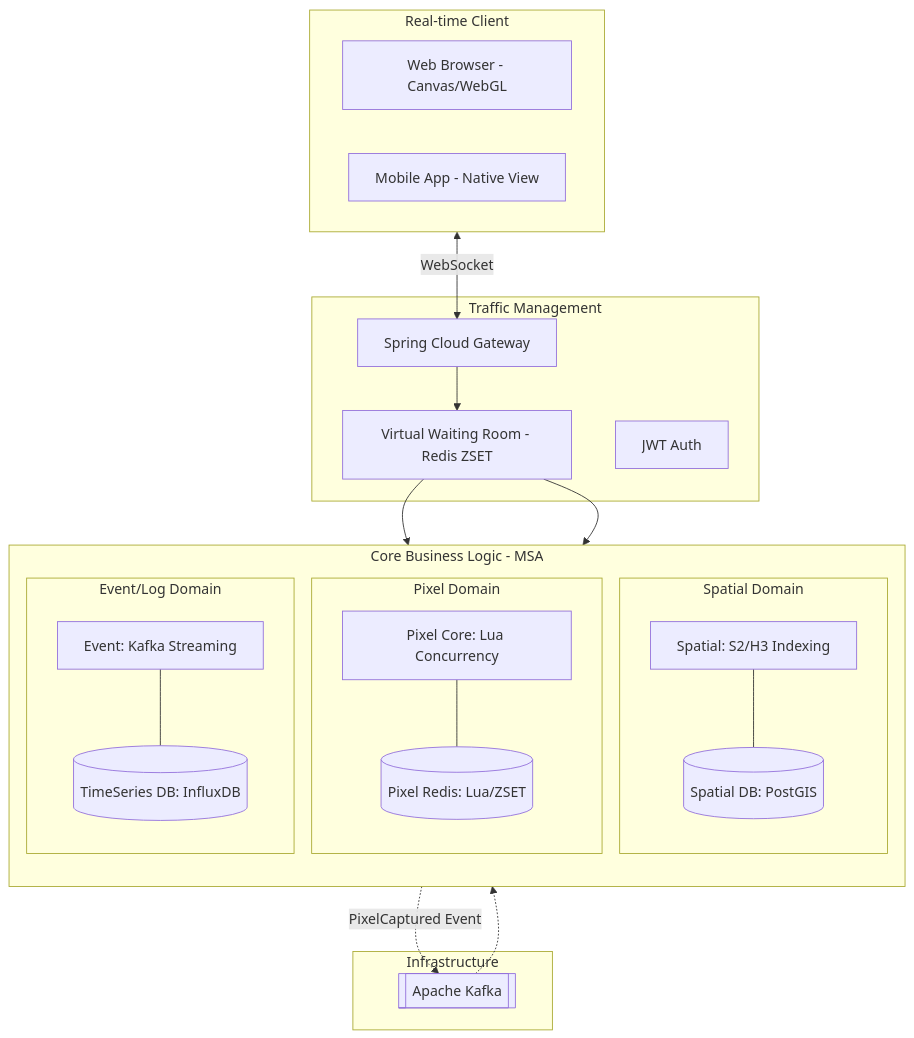
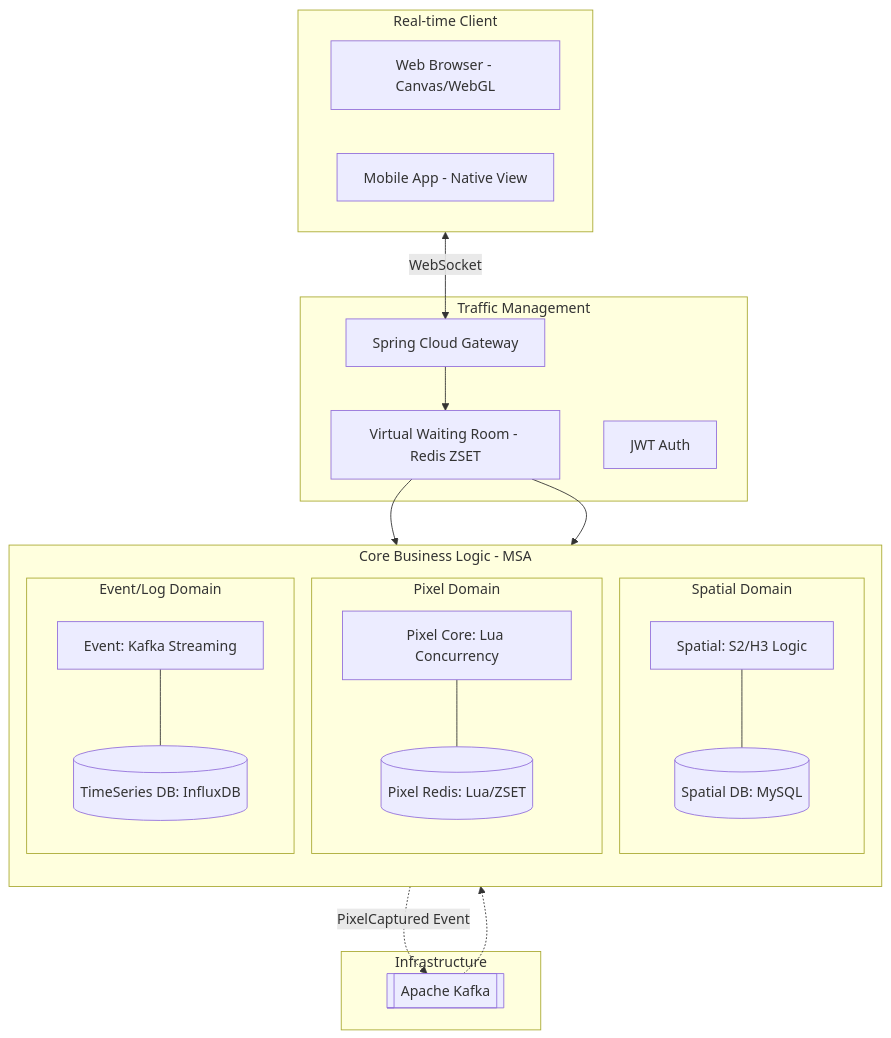
One commit to dlrkdgml0716/The_Pixel_War changed the diagram in README.md. Above: the diagram before and after it, drawn with Mermaid.

````diff
--- a/README.md
+++ b/README.md
@@ -6,55 +6,55 @@
 ```mermaid
 graph TD
     %% Client Layer
     subgraph ClientLayer [Real-time Client]
         Web[Web Browser - Canvas/WebGL]
         Mobile[Mobile App - Native View]
     end
 
     %% Gateway & Traffic Control
     subgraph TrafficControl [Traffic Management]
         AGW[Spring Cloud Gateway]
         NetFunnel[Virtual Waiting Room - Redis ZSET]
         Auth[JWT Auth]
     end
 
     %% Microservices Layer (Database per Service)
     subgraph Microservices [Core Business Logic - MSA]
         direction TB
         
         subgraph PixelDomain [Pixel Domain]
             PixelSvc[Pixel Core: Lua Concurrency]
             PixelRedis[(Pixel Redis: Lua/ZSET)]
         end
         
         subgraph SpatialDomain [Spatial Domain]
-            SpatialSvc[Spatial: S2/H3 Indexing]
-            SpatialDB[(Spatial DB: PostGIS)]
+            SpatialSvc[Spatial: S2/H3 Logic]
+            SpatialDB[(Spatial DB: MySQL)]
         end
         
         subgraph EventDomain [Event/Log Domain]
             EventSvc[Event: Kafka Streaming]
             LogDB[(TimeSeries DB: InfluxDB)]
         end
     end
 
-    %% Infrastructure (Shared Message Broker)
+    %% Infrastructure
     subgraph MessageBroker [Infrastructure]
         Kafka[[Apache Kafka]]
     end
 
     %% Relationships
     ClientLayer <--> |WebSocket| AGW
     AGW --> NetFunnel
     NetFunnel --> PixelSvc
     NetFunnel --> SpatialSvc
     
     %% Service-DB Ownership
     PixelSvc --- PixelRedis
     SpatialSvc --- SpatialDB
     EventSvc --- LogDB
     
-    %% Inter-service Communication (EDA)
+    %% Inter-service Communication
     PixelSvc -.-> |PixelCaptured Event| Kafka
     Kafka -.-> EventSvc
 ```
````
